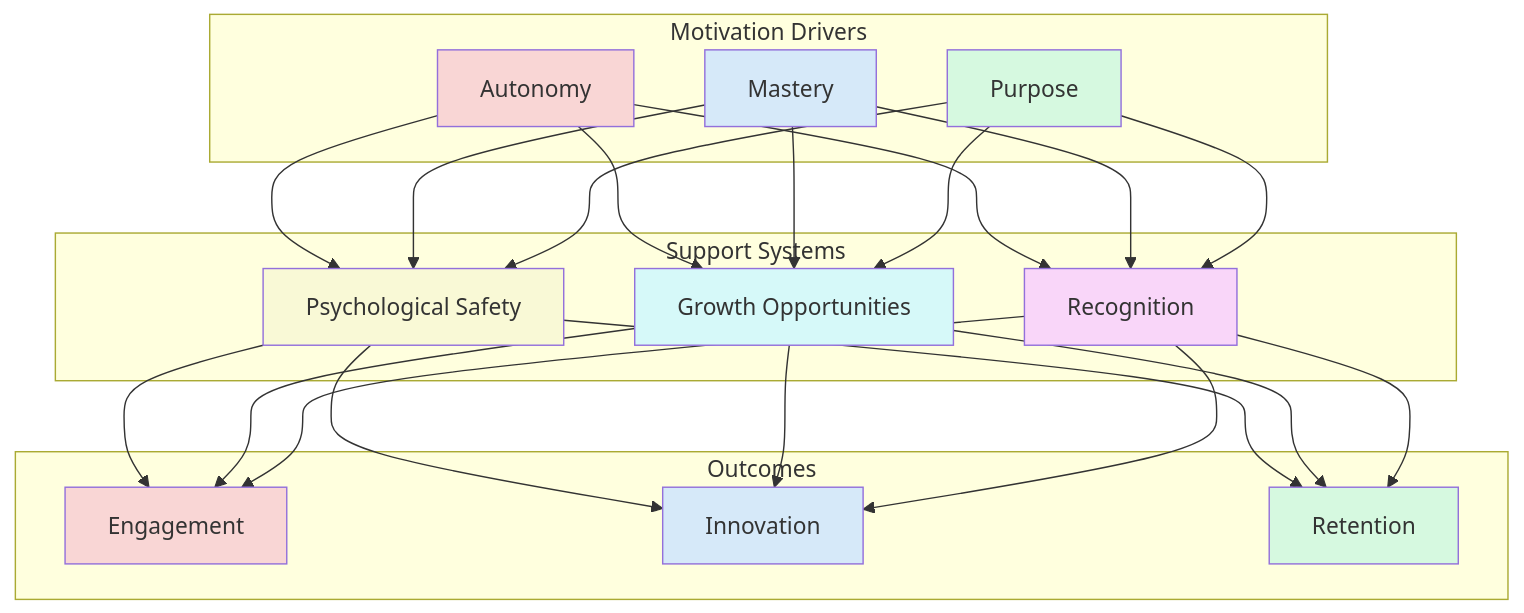
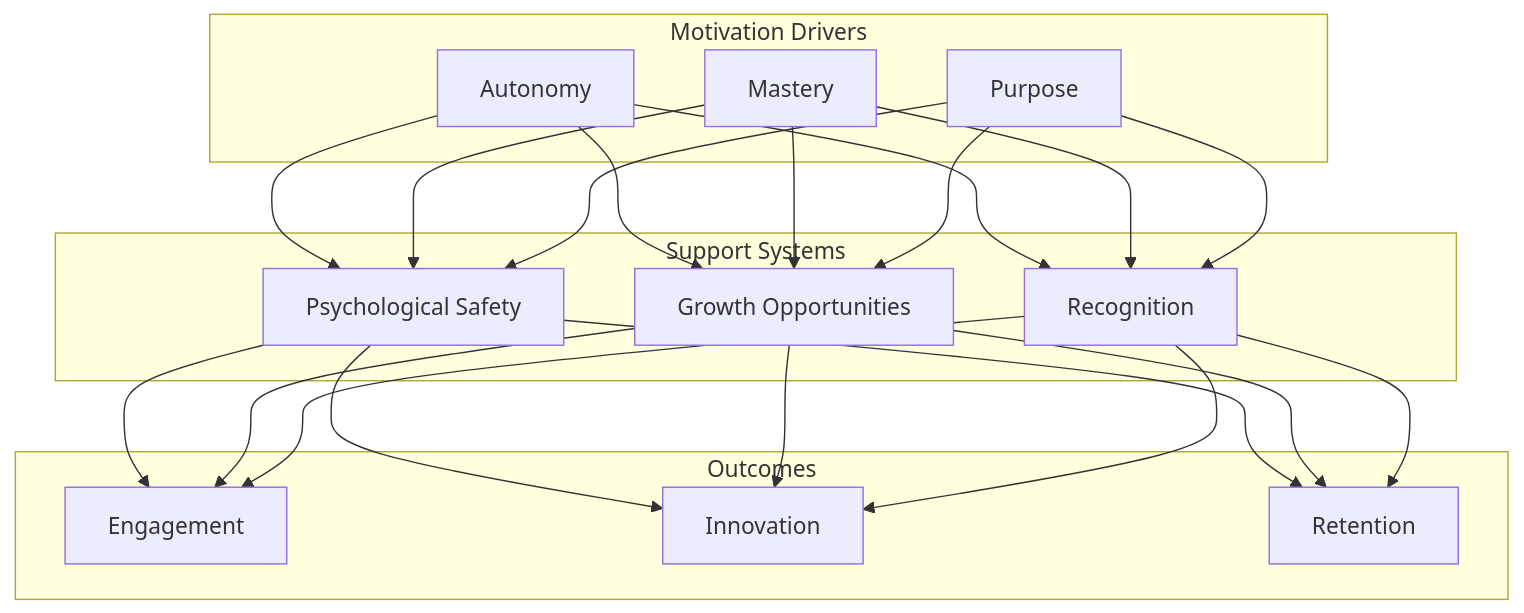
The diagram in src/content/wiki/operating-model/optimization/optimise-motivation.md (carlsendk/tech-leadership), drawn with Mermaid before and after one commit. The commit also changed 16 other files, not shown here.

````diff
--- a/src/content/wiki/operating-model/optimization/optimise-motivation.md
+++ b/src/content/wiki/operating-model/optimization/optimise-motivation.md
@@ -16,38 +16,29 @@
 ```mermaid
 graph TD
     subgraph "Motivation Drivers"
         A[Autonomy]
         B[Mastery]
         C[Purpose]
     end
     
     subgraph "Support Systems"
         D[Psychological Safety]
         E[Growth Opportunities]
         F[Recognition]
     end
     
     subgraph "Outcomes"
         G[Engagement]
         H[Innovation]
         I[Retention]
     end
     
     A --> D & E & F
     B --> D & E & F
     C --> D & E & F
     
     D --> G & H & I
     E --> G & H & I
     F --> G & H & I
     
-    style A fill:#f9d6d5
-    style B fill:#d6e9f9
-    style C fill:#d6f9e0
-    style D fill:#f9f9d6
-    style E fill:#d6f9f9
-    style F fill:#f9d6f9
-    style G fill:#f9d6d5
-    style H fill:#d6e9f9
-    style I fill:#d6f9e0
 ```
````
